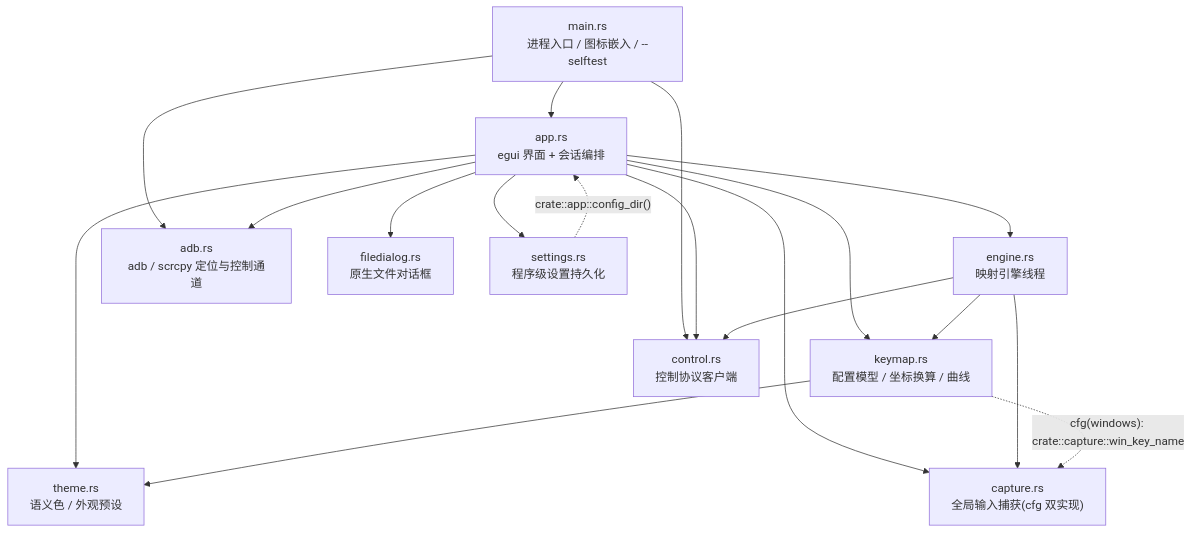
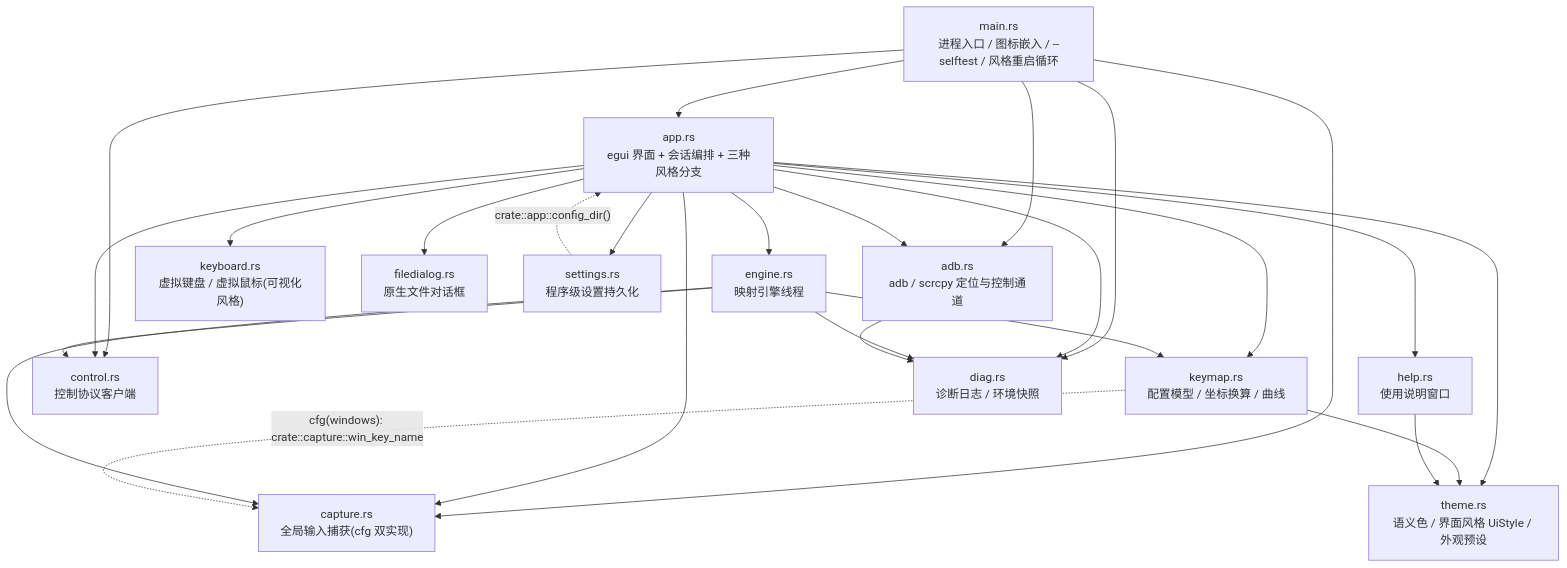
Before and after one commit to Azrl-lyh/scrcpy-pad: the first of 8 diagrams in 文档/文件与执行逻辑.md, drawn with Mermaid. The commit also changed other lines of this file and 299 other files, not shown here.

````diff
--- a/文档/文件与执行逻辑.md
+++ b/文档/文件与执行逻辑.md
@@ -172,31 +189,42 @@
 ```mermaid
 flowchart TD
-    main["main.rs<br/>进程入口 / 图标嵌入 / --selftest"]
-    app["app.rs<br/>egui 界面 + 会话编排"]
+    main["main.rs<br/>进程入口 / 图标嵌入 / --selftest / 风格重启循环"]
+    app["app.rs<br/>egui 界面 + 会话编排 + 三种风格分支"]
     engine["engine.rs<br/>映射引擎线程"]
     keymap["keymap.rs<br/>配置模型 / 坐标换算 / 曲线"]
     capture["capture.rs<br/>全局输入捕获(cfg 双实现)"]
     control["control.rs<br/>控制协议客户端"]
     adb["adb.rs<br/>adb / scrcpy 定位与控制通道"]
-    theme["theme.rs<br/>语义色 / 外观预设"]
+    theme["theme.rs<br/>语义色 / 界面风格 UiStyle / 外观预设"]
+    keyboard["keyboard.rs<br/>虚拟键盘 / 虚拟鼠标(可视化风格)"]
+    help["help.rs<br/>使用说明窗口"]
+    diag["diag.rs<br/>诊断日志 / 环境快照"]
     filedialog["filedialog.rs<br/>原生文件对话框"]
     settings["settings.rs<br/>程序级设置持久化"]
 
     main --> app
     main --> adb
     main --> control
+    main --> capture
+    main --> diag
     app --> engine
     app --> keymap
     app --> capture
     app --> control
     app --> adb
     app --> theme
+    app --> keyboard
+    app --> help
     app --> filedialog
     app --> settings
+    app --> diag
     engine --> keymap
     engine --> capture
     engine --> control
+    engine --> diag
     keymap --> theme
+    help --> theme
+    adb --> diag
     settings -. "crate::app::config_dir()" .-> app
     keymap -. "cfg(windows): crate::capture::win_key_name" .-> capture
 ```
````
